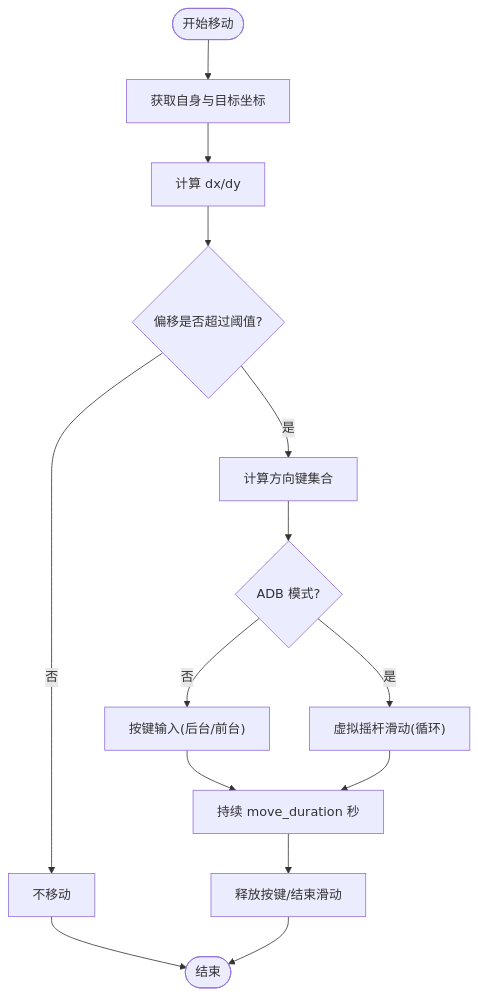
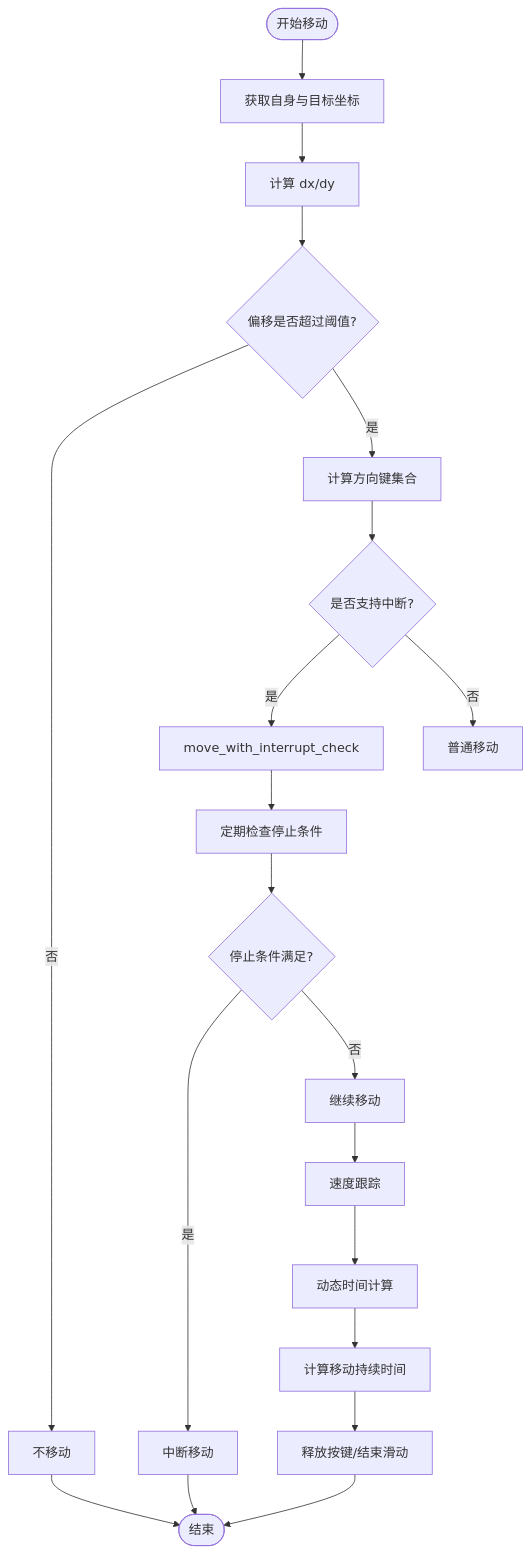
One commit to xsy098-max/ok-jump changed the third of 7 diagrams in .qoder/repowiki/zh/content/战斗系统/移动控制系统.md. Above: the diagram before and after it, drawn with Mermaid. The commit also changed other lines of this file and 21 other files, not shown here.

````diff
--- a/.qoder/repowiki/zh/content/战斗系统/移动控制系统.md
+++ b/.qoder/repowiki/zh/content/战斗系统/移动控制系统.md
@@ -158,16 +172,22 @@
 ```mermaid
 flowchart TD
 Start(["开始移动"]) --> GetPos["获取自身与目标坐标"]
 GetPos --> CalcDelta["计算 dx/dy"]
 CalcDelta --> Threshold{"偏移是否超过阈值?"}
 Threshold --> |否| NoMove["不移动"]
 Threshold --> |是| Keys["计算方向键集合"]
-Keys --> Mode{"ADB 模式?"}
-Mode --> |是| ADBSwipe["虚拟摇杆滑动(循环)"]
-Mode --> |否| PCInput["按键输入(后台/前台)"]
-PCInput --> Duration["持续 move_duration 秒"]
-ADBSwipe --> Duration
+Keys --> Interrupt{"是否支持中断?"}
+Interrupt --> |是| InterruptCheck["move_with_interrupt_check"]
+Interrupt --> |否| NormalMove["普通移动"]
+InterruptCheck --> CheckLoop["定期检查停止条件"]
+CheckLoop --> StopCond{"停止条件满足?"}
+StopCond --> |是| Interrupted["中断移动"]
+StopCond --> |否| Continue["继续移动"]
+Continue --> SpeedTrack["速度跟踪"]
+SpeedTrack --> DynamicTime["动态时间计算"]
+DynamicTime --> Duration["计算移动持续时间"]
+Interrupted --> End(["结束"])
 Duration --> Stop["释放按键/结束滑动"]
-NoMove --> End(["结束"])
+NoMove --> End
 Stop --> End
 ```
````
